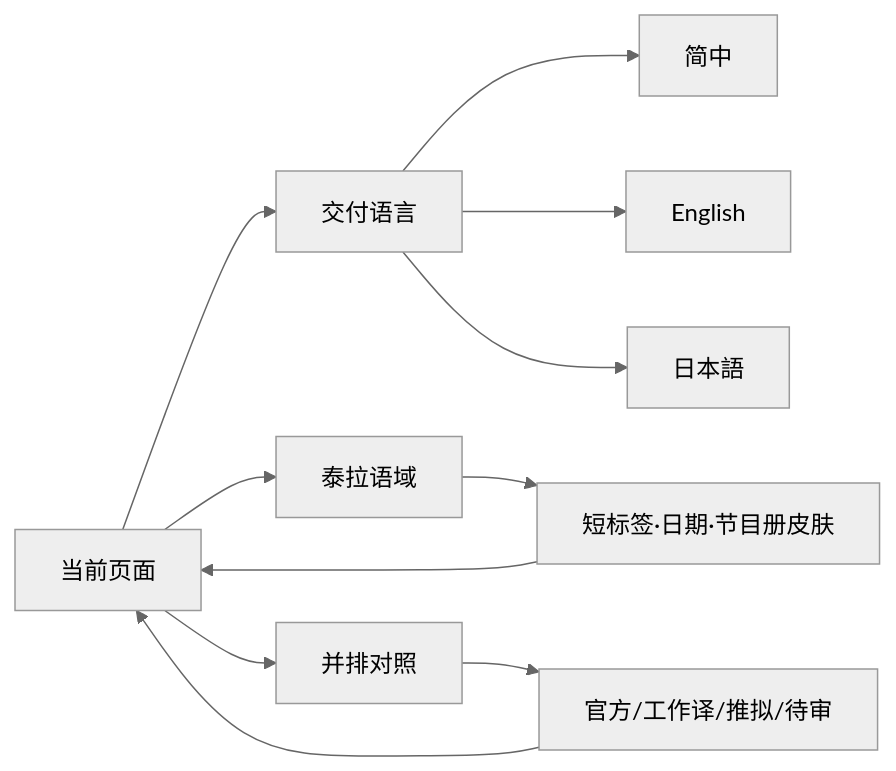
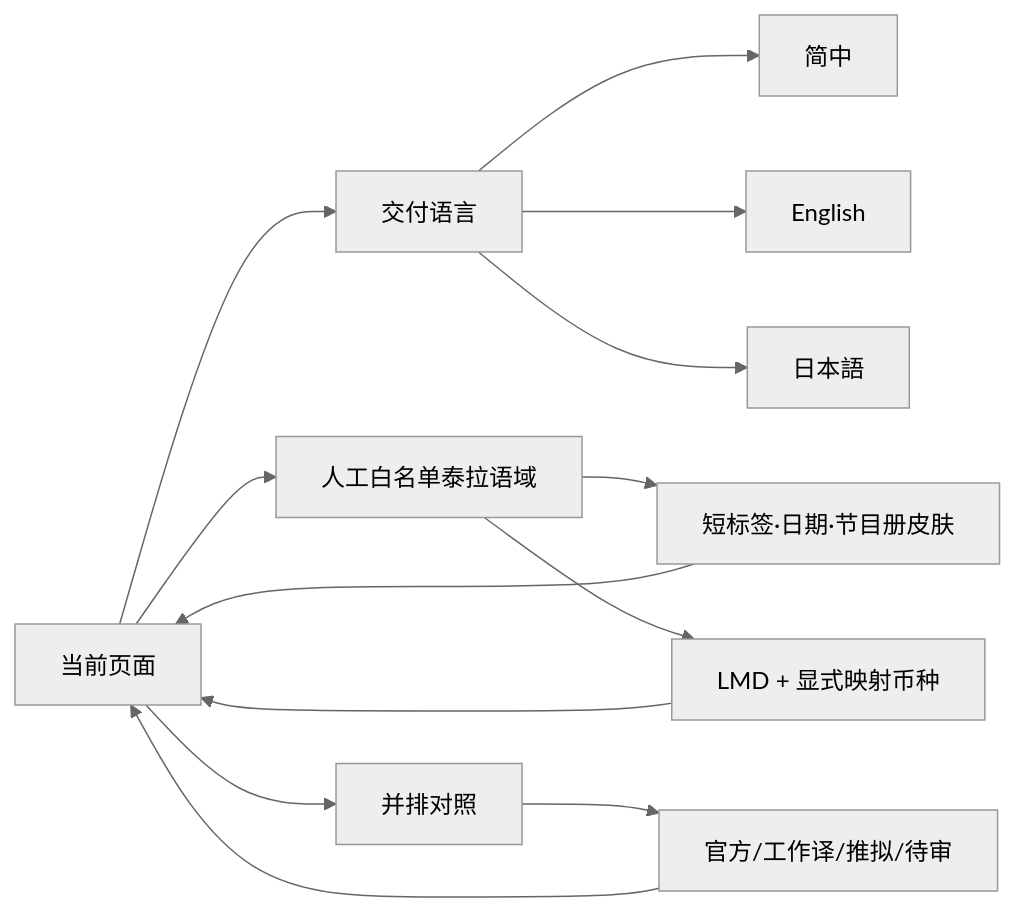
Before and after one commit to Selloryebir/crimson_troupe: the diagram in docs/blueprint/03_journeys/maps/08_国际化与证据.mmd, drawn with Mermaid (neutral theme). The commit also changed 26 other files, not shown here.

```diff
--- a/docs/blueprint/03_journeys/maps/08_国际化与证据.mmd
+++ b/docs/blueprint/03_journeys/maps/08_国际化与证据.mmd
@@ -1,11 +1,13 @@
 flowchart LR
   Page[当前页面] --> Delivery[交付语言]
   Delivery --> CN[简中]
   Delivery --> EN[English]
   Delivery --> JP[日本語]
-  Page --> Diegetic[泰拉语域]
+  Page --> Diegetic[人工白名单泰拉语域]
   Diegetic --> Skin[短标签·日期·节目册皮肤]
   Skin --> Page
+  Diegetic --> Currency[LMD + 显式映射币种]
+  Currency --> Page
   Page --> Evidence[并排对照]
   Evidence --> Status[官方/工作译/推拟/待审]
   Status --> Page
```
